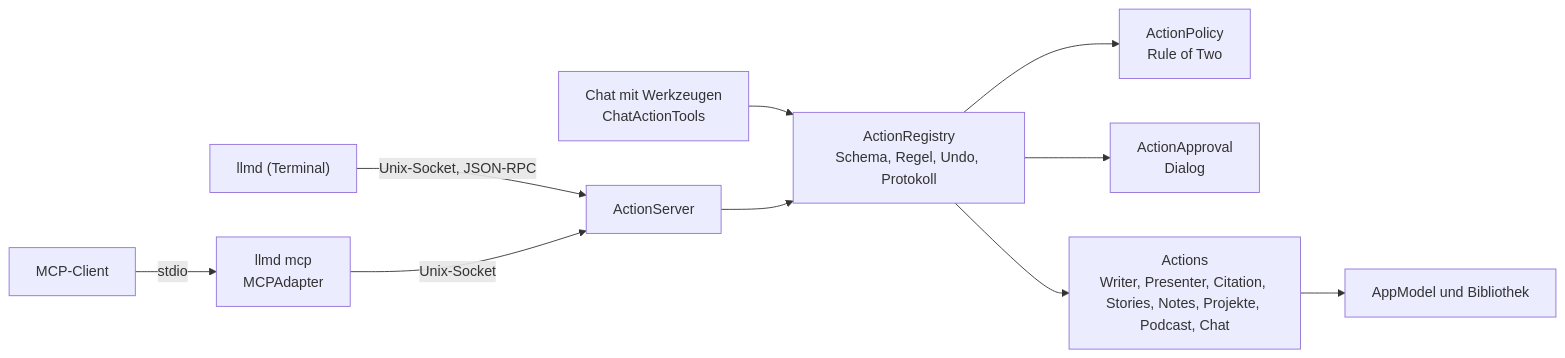
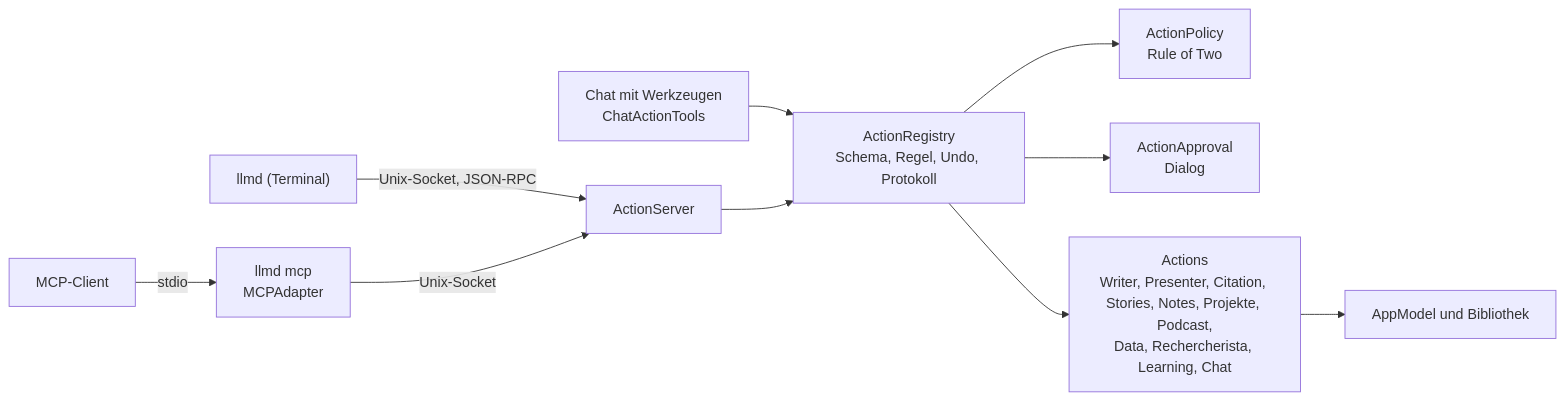
One commit to AlexEhrenberger/LLMDesigner changed the first of 2 diagrams in docs/actions.md. Above: the diagram before and after it, drawn with Mermaid. The commit also changed other lines of this file and 65 other files, not shown here.

First line of the commit message:
Data Studio, Rechercherista und Learning Studio

````diff
--- a/docs/actions.md
+++ b/docs/actions.md
@@ -12,11 +12,11 @@
 ```mermaid
 flowchart LR
     CLI["llmd (Terminal)"] -->|"Unix-Socket, JSON-RPC"| SRV["ActionServer"]
     MCP["MCP-Client"] -->|stdio| AD["llmd mcp<br/>MCPAdapter"] -->|"Unix-Socket"| SRV
     CHAT["Chat mit Werkzeugen<br/>ChatActionTools"] --> REG
     SRV --> REG["ActionRegistry<br/>Schema, Regel, Undo, Protokoll"]
     REG --> POL["ActionPolicy<br/>Rule of Two"]
     REG --> APP["ActionApproval<br/>Dialog"]
-    REG --> ACT["Actions<br/>Writer, Presenter, Citation, Stories, Notes, Projekte, Podcast, Chat"]
+    REG --> ACT["Actions<br/>Writer, Presenter, Citation, Stories, Notes, Projekte, Podcast,<br/>Data, Rechercherista, Learning, Chat"]
     ACT --> AM["AppModel und Bibliothek"]
 ```
````
